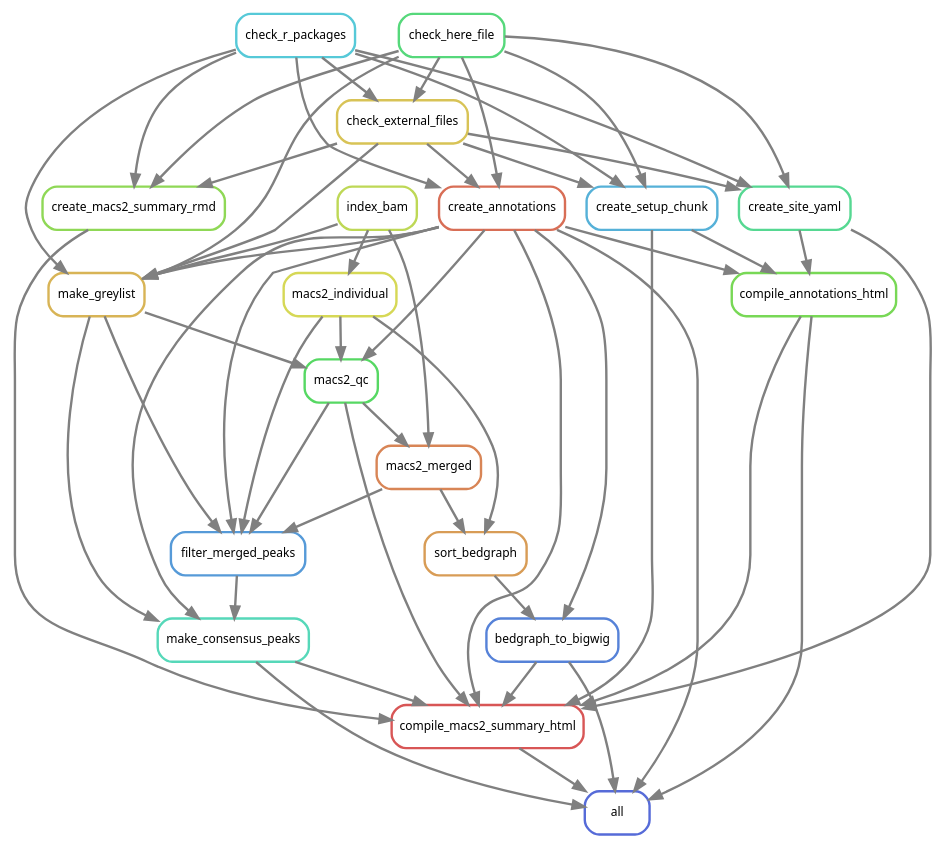
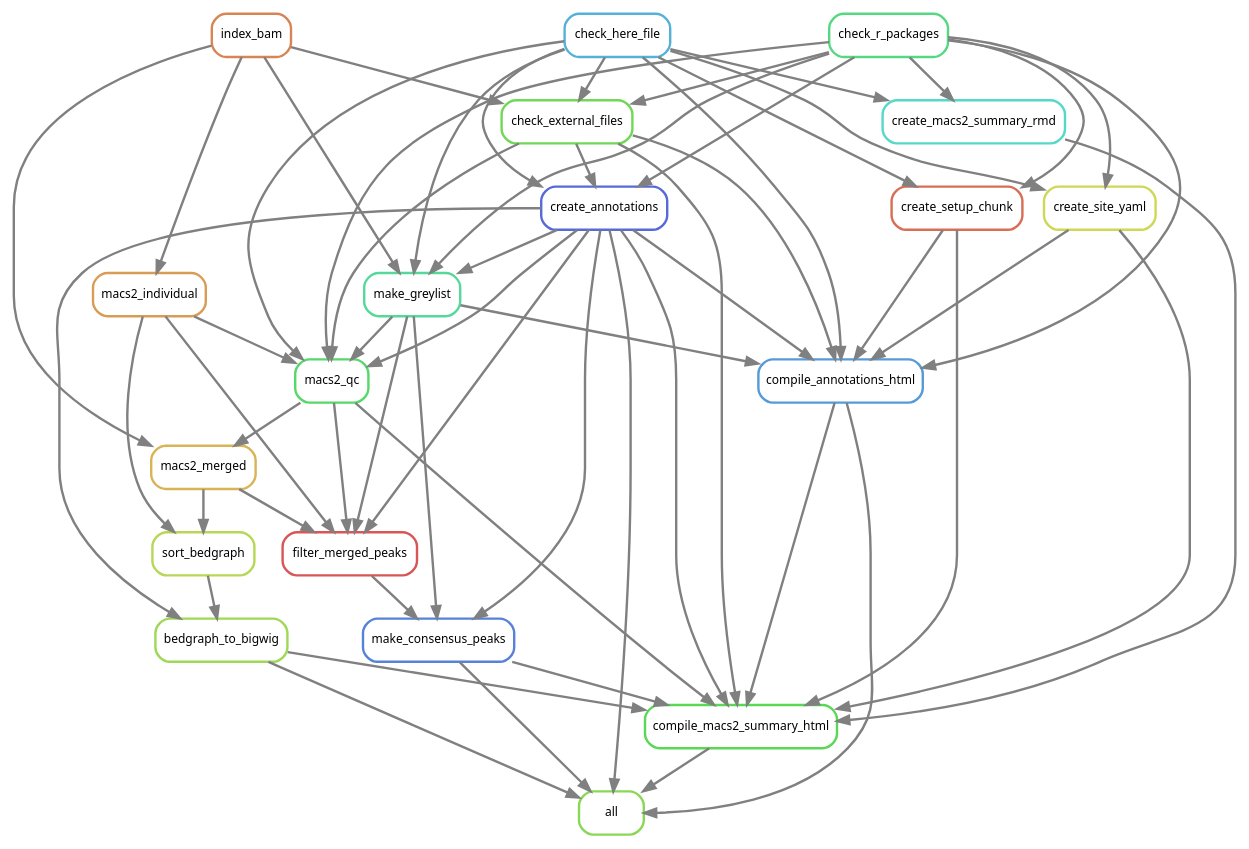
The diagram in workflow/rules/rulegraph.dot (smped/GRAVI), drawn with Graphviz before and after one commit. The commit also changed 7 other files, not shown here.

```diff
--- a/workflow/rules/rulegraph.dot
+++ b/workflow/rules/rulegraph.dot
@@ -1,77 +1,82 @@
 digraph snakemake_dag {
     graph[bgcolor=white, margin=0];
     node[shape=box, style=rounded, fontname=sans,                 fontsize=10, penwidth=2];
     edge[penwidth=2, color=grey];
-	0[label = "all", color = "0.64 0.6 0.85", style="rounded"];
-	1[label = "compile_annotations_html", color = "0.29 0.6 0.85", style="rounded"];
-	2[label = "create_annotations", color = "0.03 0.6 0.85", style="rounded"];
-	3[label = "check_here_file", color = "0.38 0.6 0.85", style="rounded"];
-	4[label = "check_r_packages", color = "0.52 0.6 0.85", style="rounded"];
-	5[label = "check_external_files", color = "0.14 0.6 0.85", style="rounded"];
-	6[label = "create_setup_chunk", color = "0.55 0.6 0.85", style="rounded"];
-	7[label = "create_site_yaml", color = "0.41 0.6 0.85", style="rounded"];
-	8[label = "compile_macs2_summary_html", color = "0.00 0.6 0.85", style="rounded"];
-	9[label = "bedgraph_to_bigwig", color = "0.61 0.6 0.85", style="rounded"];
-	10[label = "sort_bedgraph", color = "0.09 0.6 0.85", style="rounded"];
-	11[label = "macs2_merged", color = "0.06 0.6 0.85", style="rounded"];
-	12[label = "index_bam", color = "0.20 0.6 0.85", style="rounded"];
-	13[label = "macs2_qc", color = "0.35 0.6 0.85", style="rounded"];
-	14[label = "make_greylist", color = "0.12 0.6 0.85", style="rounded"];
-	15[label = "macs2_individual", color = "0.17 0.6 0.85", style="rounded"];
-	16[label = "make_consensus_peaks", color = "0.46 0.6 0.85", style="rounded"];
-	17[label = "filter_merged_peaks", color = "0.58 0.6 0.85", style="rounded"];
-	18[label = "create_macs2_summary_rmd", color = "0.26 0.6 0.85", style="rounded"];
-	8 -> 0
+	0[label = "all", color = "0.27 0.6 0.85", style="rounded"];
+	1[label = "compile_annotations_html", color = "0.58 0.6 0.85", style="rounded"];
+	2[label = "check_here_file", color = "0.55 0.6 0.85", style="rounded"];
+	3[label = "check_r_packages", color = "0.39 0.6 0.85", style="rounded"];
+	4[label = "check_external_files", color = "0.30 0.6 0.85", style="rounded"];
+	5[label = "index_bam", color = "0.06 0.6 0.85", style="rounded"];
+	6[label = "make_greylist", color = "0.42 0.6 0.85", style="rounded"];
+	7[label = "create_annotations", color = "0.64 0.6 0.85", style="rounded"];
+	8[label = "create_setup_chunk", color = "0.03 0.6 0.85", style="rounded"];
+	9[label = "create_site_yaml", color = "0.18 0.6 0.85", style="rounded"];
+	10[label = "compile_macs2_summary_html", color = "0.33 0.6 0.85", style="rounded"];
+	11[label = "bedgraph_to_bigwig", color = "0.24 0.6 0.85", style="rounded"];
+	12[label = "sort_bedgraph", color = "0.21 0.6 0.85", style="rounded"];
+	13[label = "macs2_merged", color = "0.12 0.6 0.85", style="rounded"];
+	14[label = "macs2_qc", color = "0.36 0.6 0.85", style="rounded"];
+	15[label = "macs2_individual", color = "0.09 0.6 0.85", style="rounded"];
+	16[label = "make_consensus_peaks", color = "0.61 0.6 0.85", style="rounded"];
+	17[label = "filter_merged_peaks", color = "0.00 0.6 0.85", style="rounded"];
+	18[label = "create_macs2_summary_rmd", color = "0.48 0.6 0.85", style="rounded"];
+	1 -> 0
+	11 -> 0
+	10 -> 0
 	16 -> 0
-	9 -> 0
-	2 -> 0
-	1 -> 0
+	7 -> 0
 	6 -> 1
+	2 -> 1
+	9 -> 1
+	8 -> 1
+	4 -> 1
+	3 -> 1
 	7 -> 1
-	2 -> 1
-	5 -> 2
-	4 -> 2
-	3 -> 2
-	3 -> 5
-	4 -> 5
+	5 -> 4
+	3 -> 4
+	2 -> 4
 	5 -> 6
-	4 -> 6
 	3 -> 6
-	5 -> 7
+	7 -> 6
+	2 -> 6
 	4 -> 7
 	3 -> 7
-	6 -> 8
-	13 -> 8
-	18 -> 8
-	7 -> 8
-	16 -> 8
-	9 -> 8
+	2 -> 7
+	3 -> 8
 	2 -> 8
-	1 -> 8
-	10 -> 9
+	3 -> 9
 	2 -> 9
-	15 -> 10
+	9 -> 10
+	1 -> 10
 	11 -> 10
-	13 -> 11
+	8 -> 10
+	18 -> 10
+	4 -> 10
+	14 -> 10
+	16 -> 10
+	7 -> 10
 	12 -> 11
-	15 -> 13
+	7 -> 11
+	13 -> 12
+	15 -> 12
+	5 -> 13
 	14 -> 13
-	2 -> 13
-	12 -> 14
+	6 -> 14
+	2 -> 14
 	4 -> 14
+	15 -> 14
 	3 -> 14
-	2 -> 14
-	5 -> 14
-	12 -> 15
-	14 -> 16
+	7 -> 14
+	5 -> 15
+	6 -> 16
 	17 -> 16
-	2 -> 16
+	7 -> 16
+	6 -> 17
+	13 -> 17
+	14 -> 17
 	15 -> 17
-	13 -> 17
-	2 -> 17
-	11 -> 17
-	14 -> 17
-	5 -> 18
-	4 -> 18
+	7 -> 17
 	3 -> 18
+	2 -> 18
 }            
```
